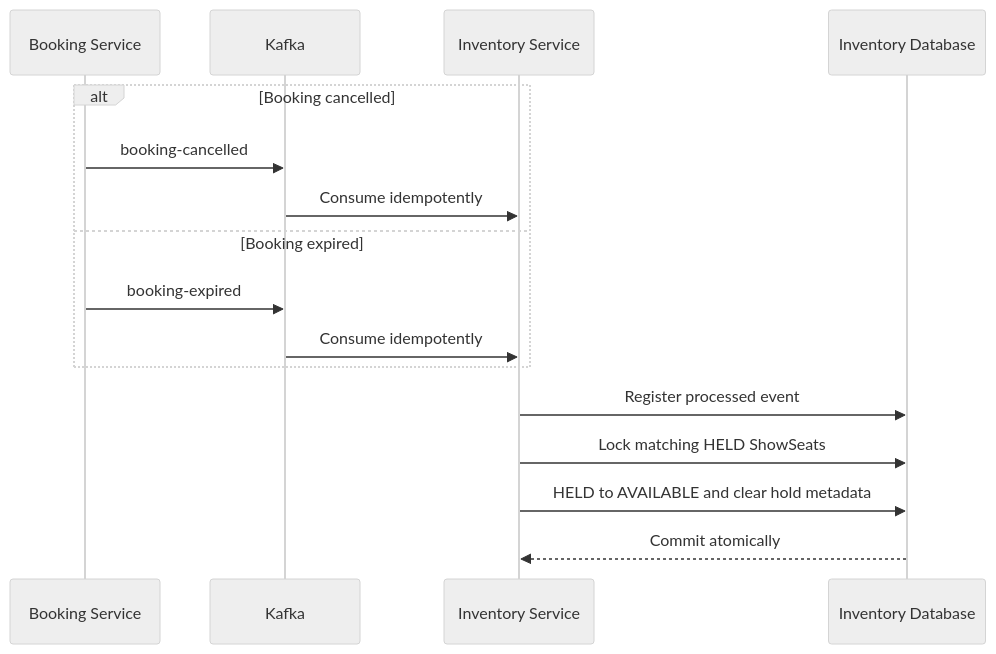
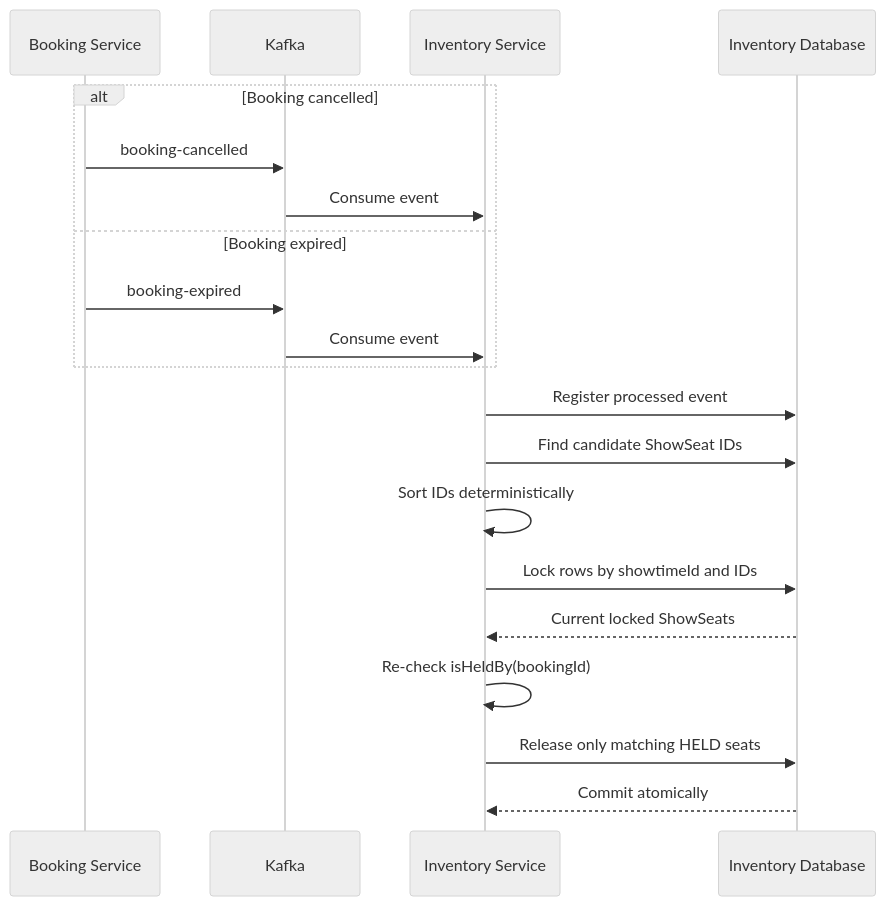
One commit to HuyKunNe/cinema-system changed the tenth of 19 diagrams in docs/13_SEQUENCE_DIAGRAMS.md. Above: the diagram before and after it, drawn with Mermaid (neutral theme). The commit also changed other lines of this file and 29 other files, not shown here.

First line of the commit message:
fix(inventory): harden lifecycle seat release locking

````diff
--- a/docs/13_SEQUENCE_DIAGRAMS.md
+++ b/docs/13_SEQUENCE_DIAGRAMS.md
@@ -300,20 +300,24 @@
 ```mermaid
 sequenceDiagram
     participant Booking as Booking Service
     participant Kafka
     participant Inventory as Inventory Service
     participant DB as Inventory Database
 
     alt Booking cancelled
         Booking->>Kafka: booking-cancelled
-        Kafka->>Inventory: Consume idempotently
+        Kafka->>Inventory: Consume event
     else Booking expired
         Booking->>Kafka: booking-expired
-        Kafka->>Inventory: Consume idempotently
+        Kafka->>Inventory: Consume event
     end
 
     Inventory->>DB: Register processed event
-    Inventory->>DB: Lock matching HELD ShowSeats
-    Inventory->>DB: HELD to AVAILABLE and clear hold metadata
+    Inventory->>DB: Find candidate ShowSeat IDs
+    Inventory->>Inventory: Sort IDs deterministically
+    Inventory->>DB: Lock rows by showtimeId and IDs
+    DB-->>Inventory: Current locked ShowSeats
+    Inventory->>Inventory: Re-check isHeldBy(bookingId)
+    Inventory->>DB: Release only matching HELD seats
     DB-->>Inventory: Commit atomically
 ```
````
